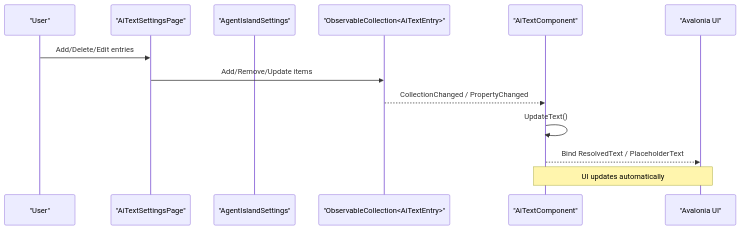
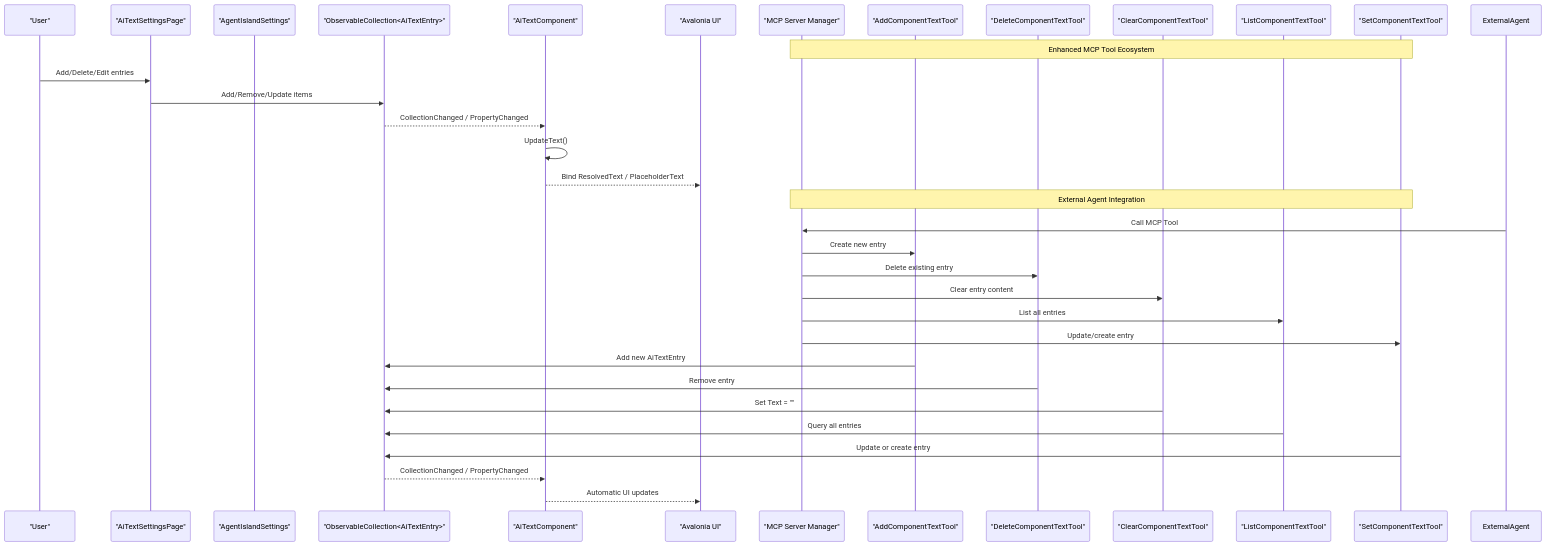
Before and after one commit to ShihaoShenDev/AgentIsland: the second of 9 diagrams in .qoder/repowiki/en/content/Configuration Management/AI Text Component Configuration.md, drawn with Mermaid. The commit also changed other lines of this file and 116 other files, not shown here.

````diff
--- a/.qoder/repowiki/en/content/Configuration Management/AI Text Component Configuration.md
+++ b/.qoder/repowiki/en/content/Configuration Management/AI Text Component Configuration.md
@@ -96,15 +128,35 @@
 ```mermaid
 sequenceDiagram
 participant User as "User"
 participant Page as "AiTextSettingsPage"
 participant Settings as "AgentIslandSettings"
 participant Entries as "ObservableCollection<AiTextEntry>"
 participant Comp as "AiTextComponent"
 participant UI as "Avalonia UI"
+participant MCP as "MCP Server Manager"
+participant AddTool as "AddComponentTextTool"
+participant DelTool as "DeleteComponentTextTool"
+participant ClearTool as "ClearComponentTextTool"
+participant ListTool as "ListComponentTextTool"
+participant SetTool as "SetComponentTextTool"
+Note over MCP,SetTool : Enhanced MCP Tool Ecosystem
 User->>Page : Add/Delete/Edit entries
 Page->>Entries : Add/Remove/Update items
 Entries-->>Comp : CollectionChanged / PropertyChanged
 Comp->>Comp : UpdateText()
 Comp-->>UI : Bind ResolvedText / PlaceholderText
-Note over Comp,UI : UI updates automatically
+Note over MCP,SetTool : External Agent Integration
+ExternalAgent->>MCP : Call MCP Tool
+MCP->>AddTool : Create new entry
+MCP->>DelTool : Delete existing entry
+MCP->>ClearTool : Clear entry content
+MCP->>ListTool : List all entries
+MCP->>SetTool : Update/create entry
+AddTool->>Entries : Add new AiTextEntry
+DelTool->>Entries : Remove entry
+ClearTool->>Entries : Set Text = ""
+ListTool->>Entries : Query all entries
+SetTool->>Entries : Update or create entry
+Entries-->>Comp : CollectionChanged / PropertyChanged
+Comp-->>UI : Automatic UI updates
 ```
````
